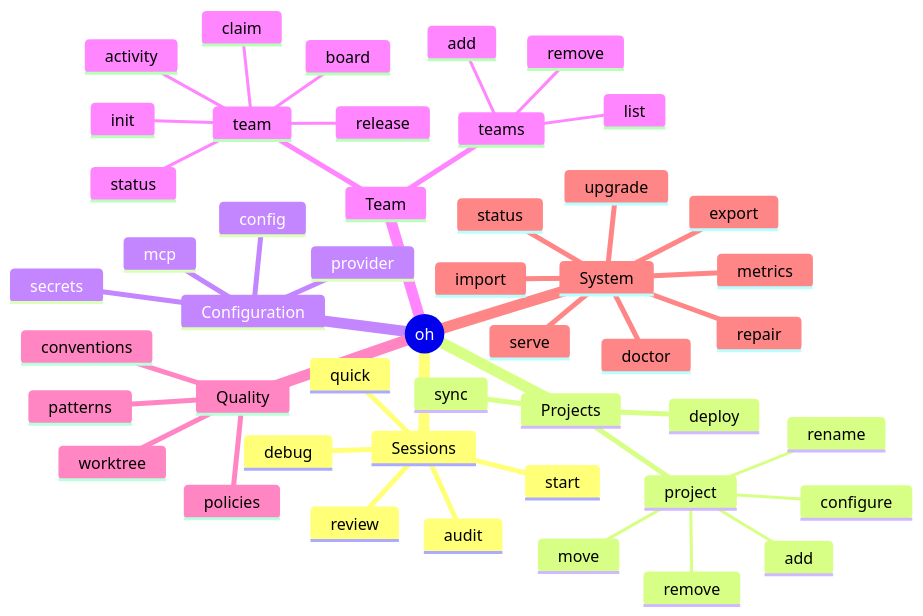
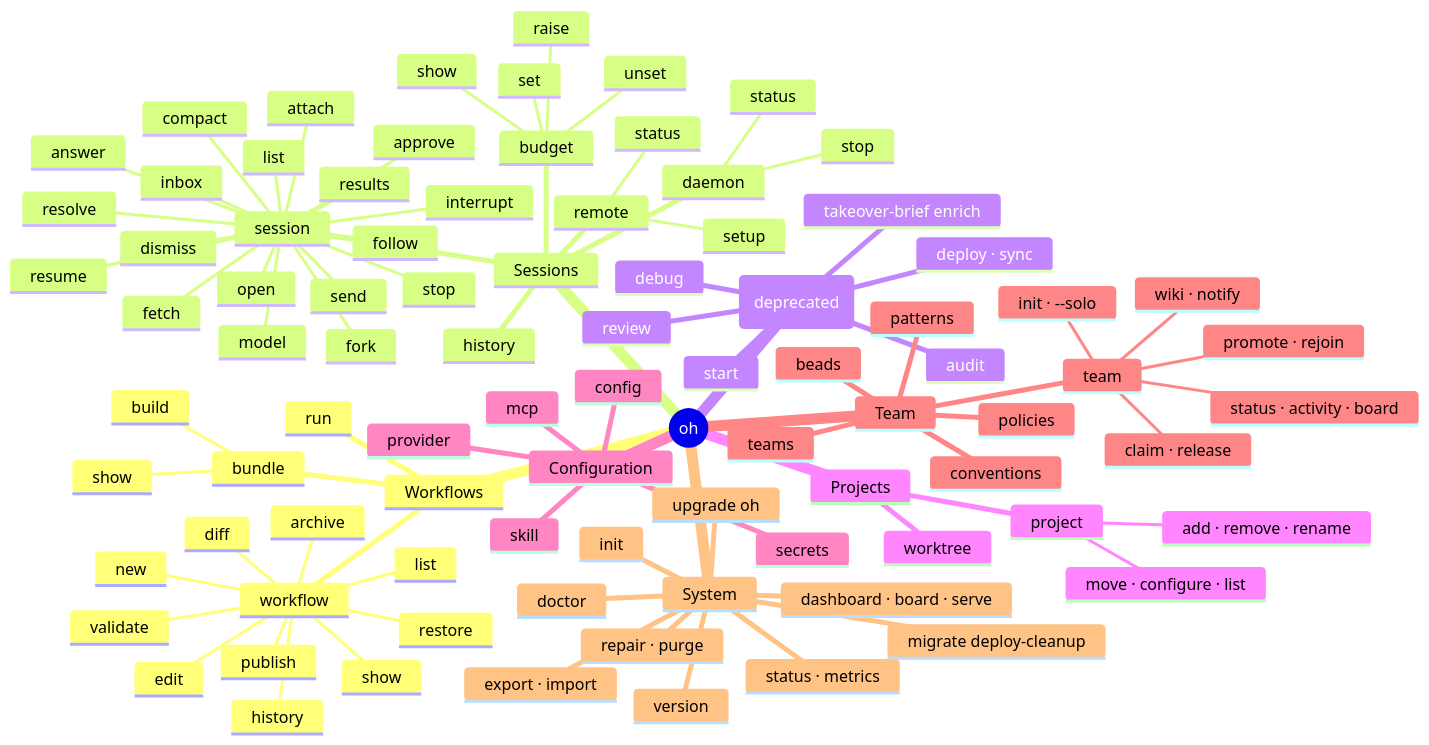
The diagram in docs/diagrams/cli-command-tree.mermaid (datichb/openhub), drawn with Mermaid before and after one commit. The commit also changed 23 other files, not shown here.

Commit message:
docs(diagrams): diagrammes v5 refaits (vue système, livraison des skills, parcours, commandes, cascade des modèles, couches de workflow, carte des workflows, TUI, équipe, agents) + cycle de vie d'une session et topologie local/conteneur/distant, SVG régénérés avec mmdc (v5 finalisation, DOC2)

```diff
--- a/docs/diagrams/cli-command-tree.mermaid
+++ b/docs/diagrams/cli-command-tree.mermaid
@@ -1,53 +1,94 @@
-%% D8: CLI Command Tree
-%% Full oh CLI command hierarchy organized by domain.
-%% Shows the top-level command and its sub-commands grouped into
-%% six functional domains.
+%% OpenHub -- CLI command tree (v5)
+%% oh commands grouped by domain (from `oh --help` and the cobra tree).
+%% Deprecated aliases of `oh run` are listed under "Aliases (deprecated)".
 
 mindmap
   root((oh))
+    Workflows
+      run
+      workflow
+        list
+        show
+        validate
+        new
+        edit
+        diff
+        publish
+        history
+        restore
+        archive
+      bundle
+        build
+        show
     Sessions
+      session
+        list
+        inbox
+        attach
+        follow
+        approve
+        answer
+        dismiss
+        send
+        interrupt
+        compact
+        model
+        fork
+        results
+        resume
+        stop
+        open
+        fetch
+        resolve
+      budget
+        show
+        set
+        unset
+        raise
+      daemon
+        status
+        stop
+      remote
+        setup
+        status
+      history
+    Aliases (deprecated)
       start
-      quick
       audit
       review
       debug
+      takeover-brief enrich
+      deploy · sync
     Projects
       project
-        add
-        remove
-        configure
-        rename
-        move
-      deploy
-      sync
+        add · remove · rename
+        move · configure · list
+      worktree
     Configuration
       config
       provider
       mcp
       secrets
+      skill
     Team
       team
-        init
-        status
-        activity
-        claim
-        release
-        board
+        init · --solo
+        promote · rejoin
+        status · activity · board
+        claim · release
+        wiki · notify
       teams
-        list
-        add
-        remove
-    Quality
-      worktree
+      policies
+      patterns
       conventions
-      patterns
-      policies
+      beads
     System
+      init
       doctor
-      status
-      metrics
-      serve
-      export
-      import
-      repair
-      upgrade
+      status · metrics
+      dashboard · board · serve
+      export · import
+      repair · purge
+      migrate deploy-cleanup
+      upgrade oh
+      version
```
